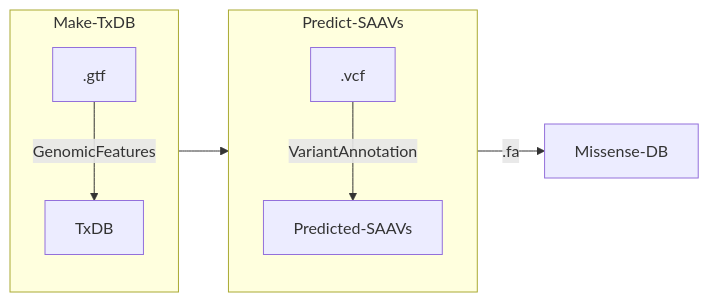
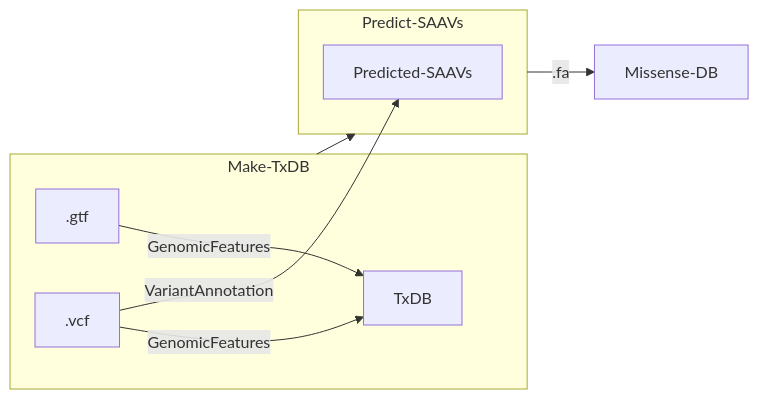
Before and after one commit to hdesai17/chemoproteogenomics: the diagram in README.md, drawn with Mermaid.

````diff
--- a/README.md
+++ b/README.md
@@ -19,13 +19,14 @@
 ```mermaid
 flowchart LR;
    subgraph Make-TxDB
    .gtf-->|GenomicFeatures|TxDB
+   .vcf-->|GenomicFeatures|TxDB
    end
    subgraph Predict-SAAVs
    .vcf-->|VariantAnnotation|Predicted-SAAVs
    end
    Make-TxDB-->Predict-SAAVs
    Predict-SAAVs-->|.fa|Missense-DB;
  
 
 ```
````
